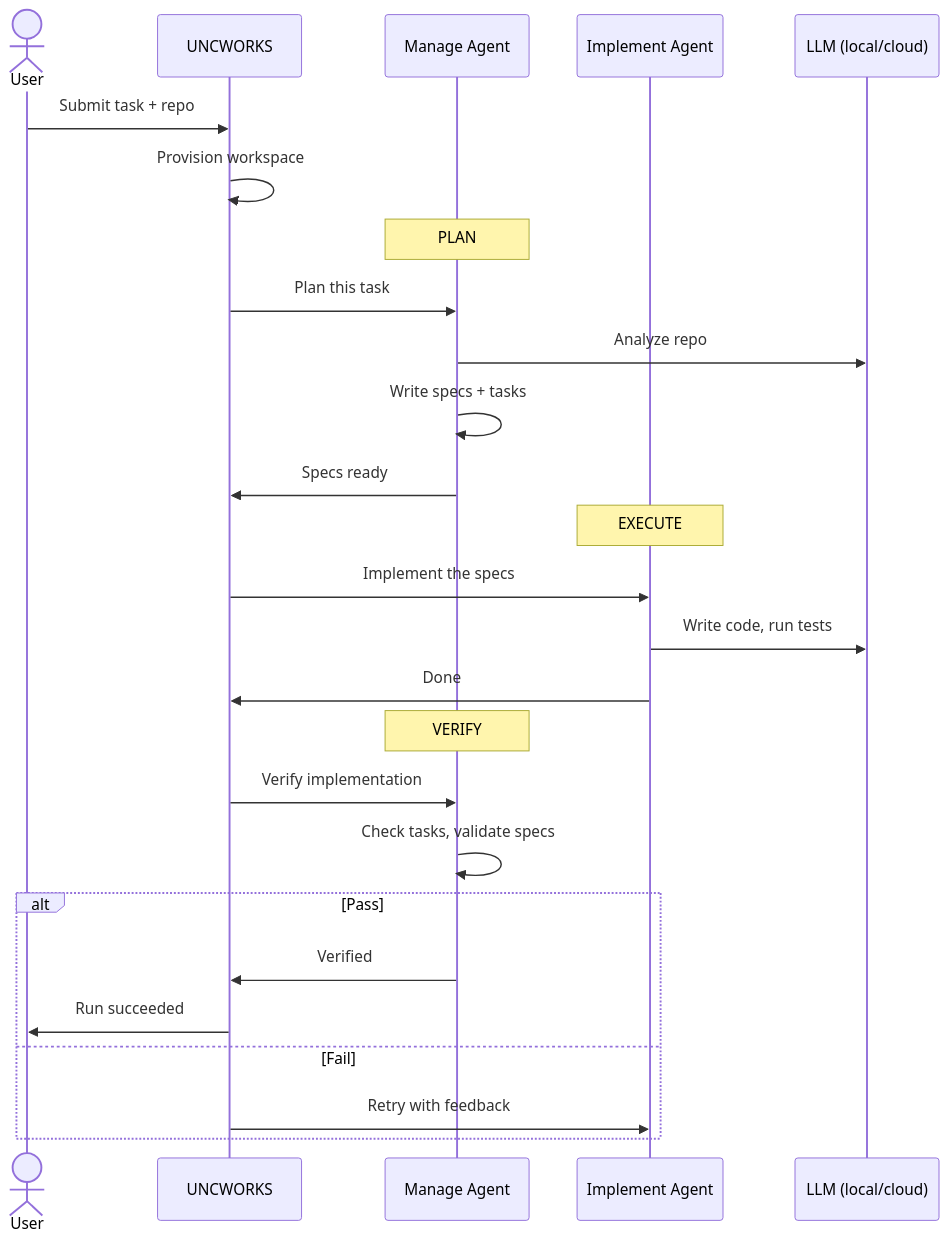
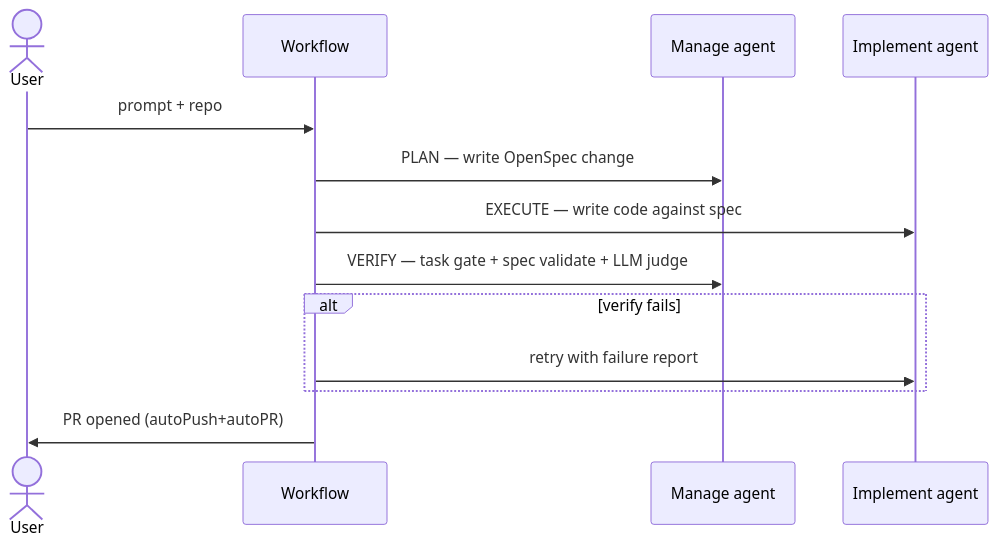
Before and after one commit to ross-corp/uncworks: the second of 2 diagrams in README.md, drawn with Mermaid. The commit also changed other lines of this file and 17 other files, not shown here.

````diff
--- a/README.md
+++ b/README.md
@@ -122,32 +65,15 @@
 ```mermaid
 sequenceDiagram
-    actor User
-    participant UW as UNCWORKS
-    participant Manage as Manage Agent
-    participant Impl as Implement Agent
-    participant LLM as LLM (local/cloud)
-
-    User->>UW: Submit task + repo
-    UW->>UW: Provision workspace
-
-    Note over Manage: PLAN
-    UW->>Manage: Plan this task
-    Manage->>LLM: Analyze repo
-    Manage->>Manage: Write specs + tasks
-    Manage->>UW: Specs ready
-
-    Note over Impl: EXECUTE
-    UW->>Impl: Implement the specs
-    Impl->>LLM: Write code, run tests
-    Impl->>UW: Done
-
-    Note over Manage: VERIFY
-    UW->>Manage: Verify implementation
-    Manage->>Manage: Check tasks, validate specs
-    alt Pass
-        Manage->>UW: Verified
-        UW->>User: Run succeeded
-    else Fail
-        UW->>Impl: Retry with feedback
+    actor U as User
+    participant W as Workflow
+    participant M as Manage agent
+    participant I as Implement agent
+    U->>W: prompt + repo
+    W->>M: PLAN — write OpenSpec change
+    W->>I: EXECUTE — write code against spec
+    W->>M: VERIFY — task gate + spec validate + LLM judge
+    alt verify fails
+        W->>I: retry with failure report
     end
+    W->>U: PR opened (autoPush+autoPR)
 ```
````
